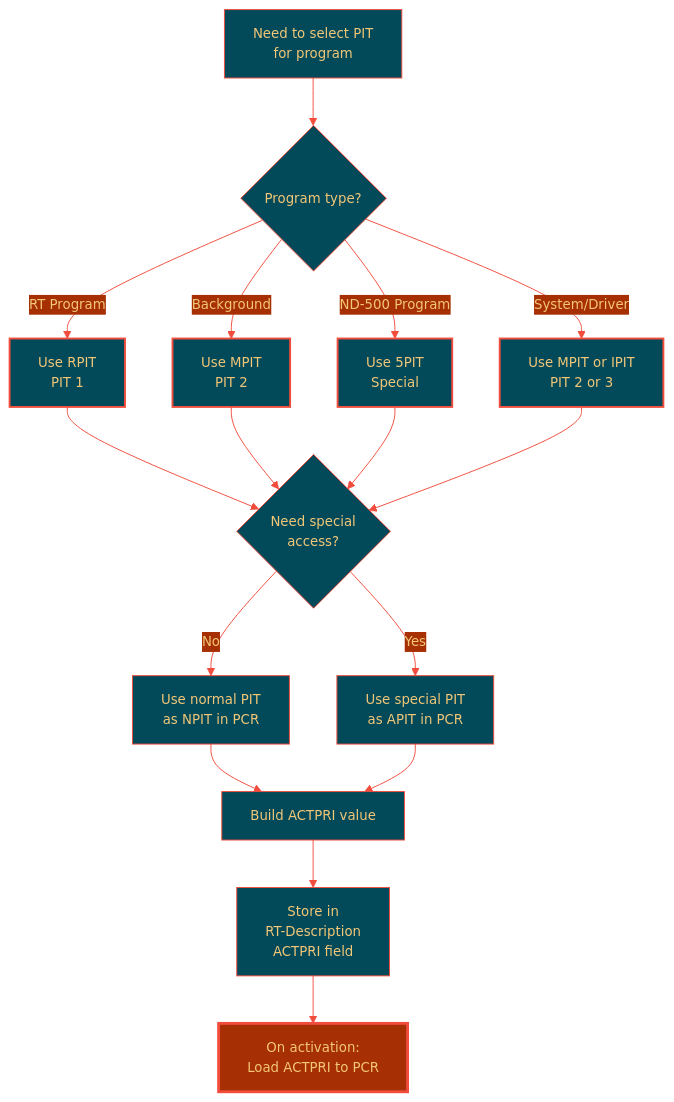
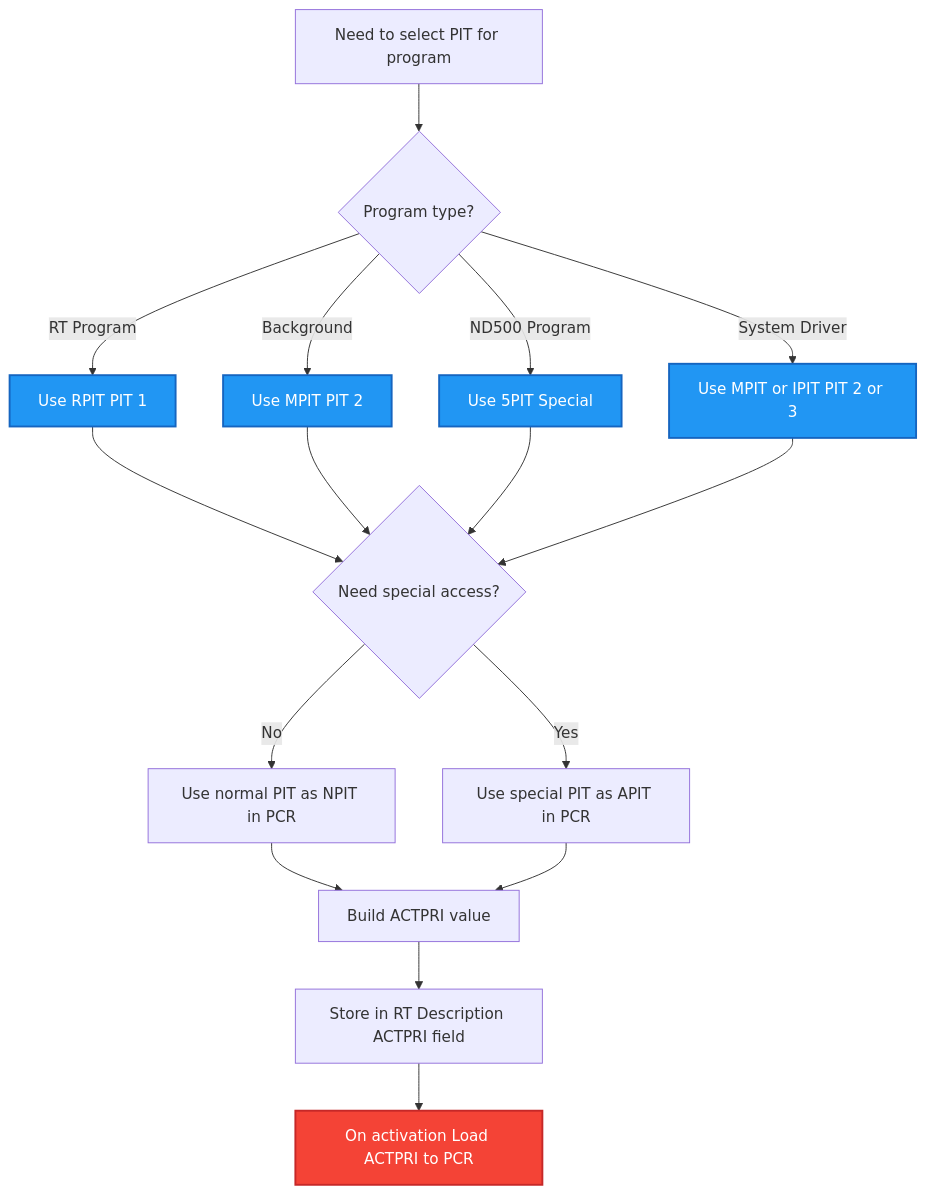
One commit to HackerCorpLabs/NDInsight changed the second of 2 diagrams in SINTRAN/OS/04-MMU-CONTEXT-SWITCHING.md. Above: the diagram before and after it, drawn with Mermaid. The commit also changed other lines of this file and 19 other files, not shown here.

Commit message:
Updated Mermaid diagrams

````diff
--- a/SINTRAN/OS/04-MMU-CONTEXT-SWITCHING.md
+++ b/SINTRAN/OS/04-MMU-CONTEXT-SWITCHING.md
@@ -339,29 +338,28 @@
 ```mermaid
-%%{init: {'theme':'base', 'themeVariables': {'primaryColor':'#024959','primaryTextColor':'#F2C777','primaryBorderColor':'#F24C3D','lineColor':'#F24C3D','secondaryColor':'#A62F03','tertiaryColor':'#F2E8C6','noteTextColor':'#024959','noteBkgColor':'#F2E8C6','textColor':'#024959','fontSize':'14px'}}}%%
 flowchart TD
-    A[Need to select PIT<br/>for program] --> B{Program type?}
-    B -->|RT Program| C[Use RPIT<br/>PIT 1]
-    B -->|Background| D[Use MPIT<br/>PIT 2]
-    B -->|ND-500 Program| E[Use 5PIT<br/>Special]
-    B -->|System/Driver| F[Use MPIT or IPIT<br/>PIT 2 or 3]
-    
-    C --> G{Need special<br/>access?}
+    A[Need to select PIT for program] --> B{Program type?}
+    B -->|RT Program| C[Use RPIT PIT 1]
+    B -->|Background| D[Use MPIT PIT 2]
+    B -->|ND500 Program| E[Use 5PIT Special]
+    B -->|System Driver| F[Use MPIT or IPIT PIT 2 or 3]
+
+    C --> G{Need special access?}
     D --> G
     E --> G
     F --> G
-    
-    G -->|No| H[Use normal PIT<br/>as NPIT in PCR]
-    G -->|Yes| I[Use special PIT<br/>as APIT in PCR]
-    
+
+    G -->|No| H[Use normal PIT as NPIT in PCR]
+    G -->|Yes| I[Use special PIT as APIT in PCR]
+
     H --> J[Build ACTPRI value]
     I --> J
-    
-    J --> K[Store in<br/>RT-Description<br/>ACTPRI field]
-    K --> L[On activation:<br/>Load ACTPRI to PCR]
-    
-    style C fill:#024959,stroke:#F24C3D,stroke-width:2px,color:#F2C777
-    style D fill:#024959,stroke:#F24C3D,stroke-width:2px,color:#F2C777
-    style E fill:#024959,stroke:#F24C3D,stroke-width:2px,color:#F2C777
-    style F fill:#024959,stroke:#F24C3D,stroke-width:2px,color:#F2C777
-    style L fill:#A62F03,stroke:#F24C3D,stroke-width:3px,color:#F2C777
+
+    J --> K[Store in RT Description ACTPRI field]
+    K --> L[On activation Load ACTPRI to PCR]
+
+    style C fill:#2196F3,stroke:#1565C0,stroke-width:2px,color:#fff
+    style D fill:#2196F3,stroke:#1565C0,stroke-width:2px,color:#fff
+    style E fill:#2196F3,stroke:#1565C0,stroke-width:2px,color:#fff
+    style F fill:#2196F3,stroke:#1565C0,stroke-width:2px,color:#fff
+    style L fill:#F44336,stroke:#C62828,stroke-width:2px,color:#fff
 ```
````
